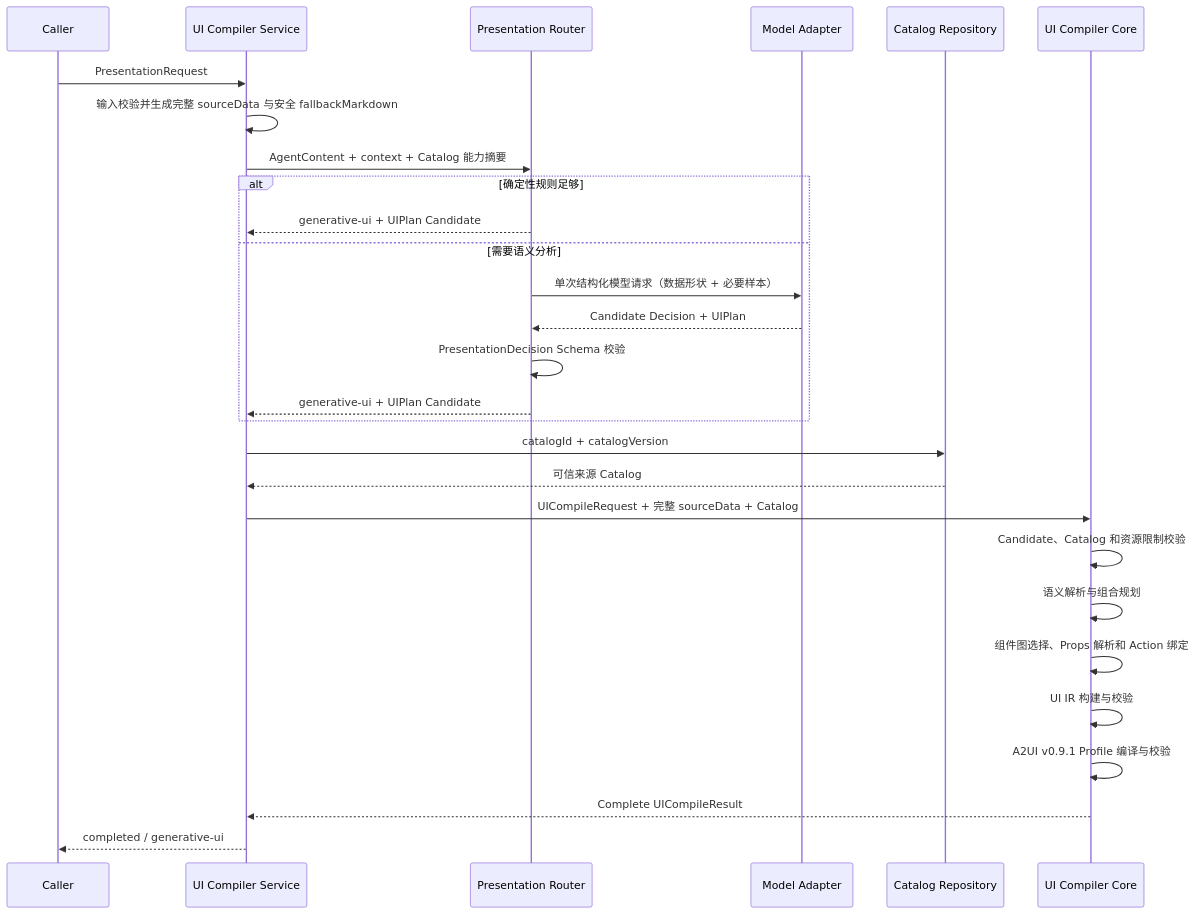
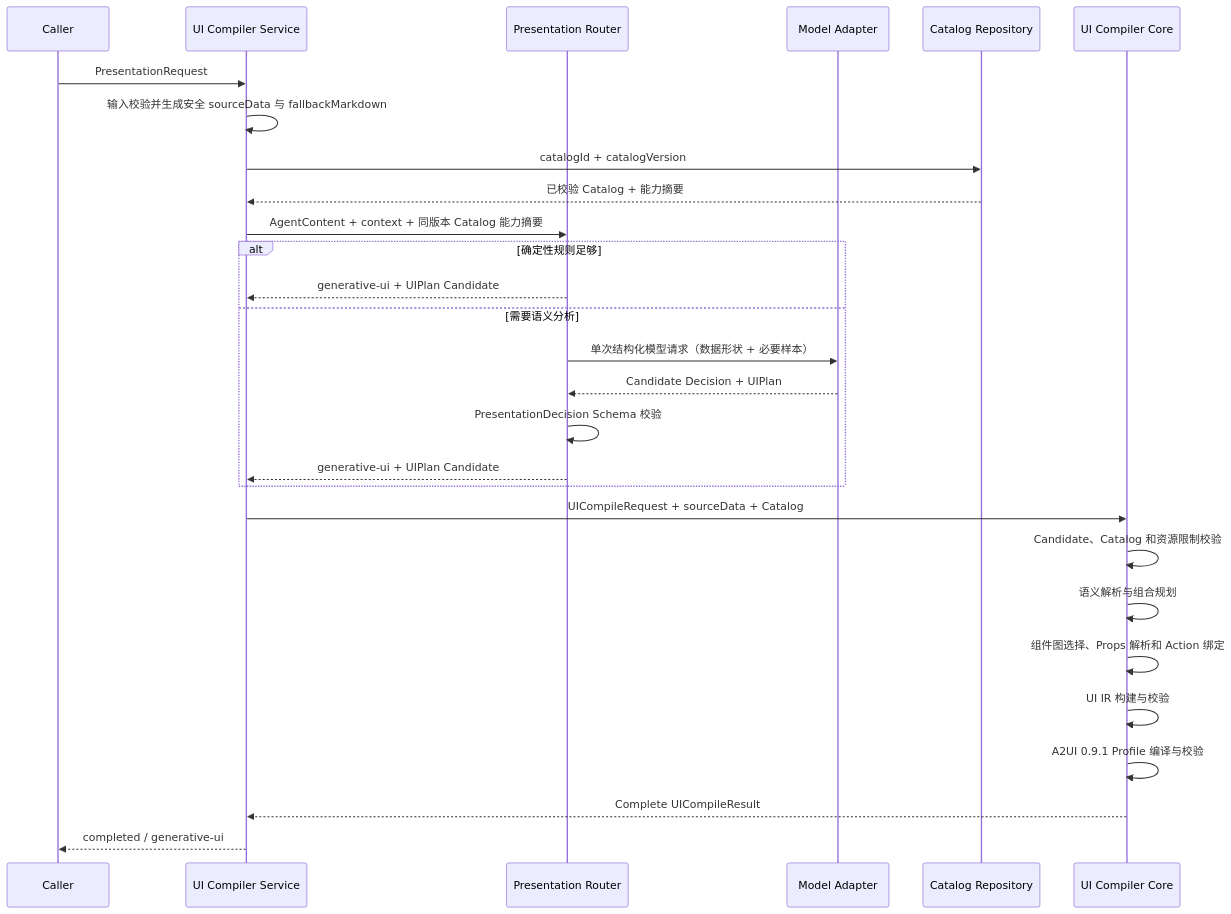
One commit to xiaoxiaoqian1217/generative-ui-platform changed the fifth of 9 diagrams in docs/Generative_UI_Compiler_Design.md. Above: the diagram before and after it, drawn with Mermaid. The commit also changed other lines of this file and 15 other files, not shown here.

````diff
--- a/docs/Generative_UI_Compiler_Design.md
+++ b/docs/Generative_UI_Compiler_Design.md
@@ -312,31 +325,31 @@
 ```mermaid
 sequenceDiagram
     participant C as Caller
     participant S as UI Compiler Service
     participant R as Presentation Router
     participant A as Model Adapter
     participant G as Catalog Repository
     participant K as UI Compiler Core
 
     C->>S: PresentationRequest
-    S->>S: 输入校验并生成完整 sourceData 与安全 fallbackMarkdown
-    S->>R: AgentContent + context + Catalog 能力摘要
+    S->>S: 输入校验并生成安全 sourceData 与 fallbackMarkdown
+    S->>G: catalogId + catalogVersion
+    G-->>S: 已校验 Catalog + 能力摘要
+    S->>R: AgentContent + context + 同版本 Catalog 能力摘要
     alt 确定性规则足够
         R-->>S: generative-ui + UIPlan Candidate
     else 需要语义分析
         R->>A: 单次结构化模型请求（数据形状 + 必要样本）
         A-->>R: Candidate Decision + UIPlan
         R->>R: PresentationDecision Schema 校验
         R-->>S: generative-ui + UIPlan Candidate
     end
-    S->>G: catalogId + catalogVersion
-    G-->>S: 可信来源 Catalog
-    S->>K: UICompileRequest + 完整 sourceData + Catalog
+    S->>K: UICompileRequest + sourceData + Catalog
     K->>K: Candidate、Catalog 和资源限制校验
     K->>K: 语义解析与组合规划
     K->>K: 组件图选择、Props 解析和 Action 绑定
     K->>K: UI IR 构建与校验
-    K->>K: A2UI v0.9.1 Profile 编译与校验
+    K->>K: A2UI 0.9.1 Profile 编译与校验
     K-->>S: Complete UICompileResult
     S-->>C: completed / generative-ui
 ```
````
